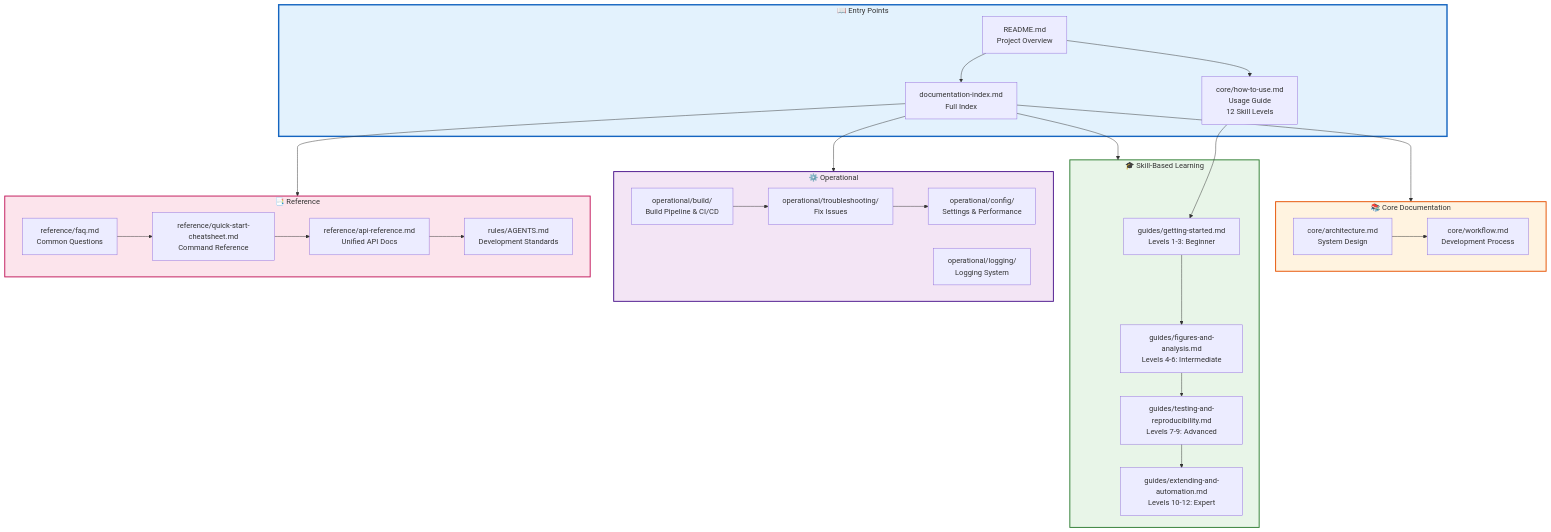
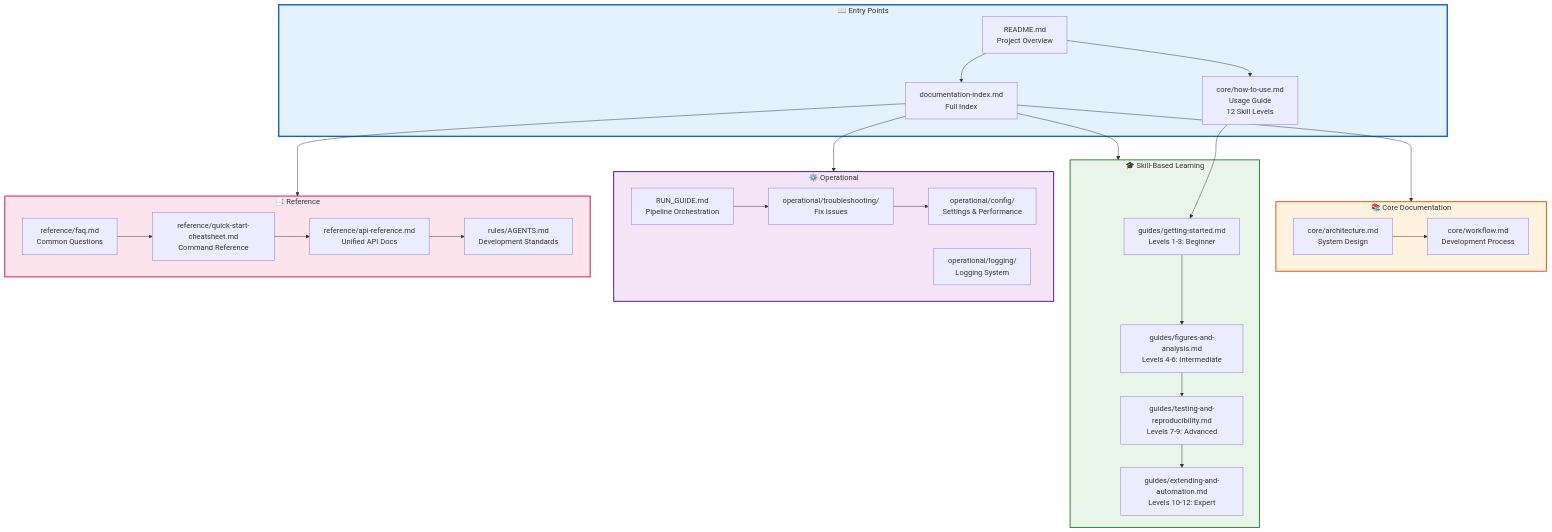
One commit to docxology/template changed the diagram in docs/README.md. Above: the diagram before and after it, drawn with Mermaid. The commit also changed other lines of this file and 243 other files, not shown here.

````diff
--- a/docs/README.md
+++ b/docs/README.md
@@ -13,67 +13,67 @@
 ```mermaid
 graph TD
     subgraph EntryPoints["📖 Entry Points"]
         README[README.md<br/>Project Overview]
         DOC_INDEX[documentation-index.md<br/>Full Index]
         HOW_TO[core/how-to-use.md<br/>Usage Guide<br/>12 Skill Levels]
     end
 
     subgraph CoreDocs["📚 Core Documentation"]
         ARCH[core/architecture.md<br/>System Design]
         WORKFLOW[core/workflow.md<br/>Development Process]
     end
 
     subgraph SkillLevels["🎓 Skill-Based Learning"]
         L1[guides/getting-started.md<br/>Levels 1-3: Beginner]
         L2[guides/figures-and-analysis.md<br/>Levels 4-6: Intermediate]
         L3[guides/testing-and-reproducibility.md<br/>Levels 7-9: Advanced]
         L4[guides/extending-and-automation.md<br/>Levels 10-12: Expert]
     end
 
     subgraph Operational["⚙️ Operational"]
-        BUILD[operational/build/<br/>Build Pipeline & CI/CD]
+        PIPELINE[RUN_GUIDE.md<br/>Pipeline Orchestration]
         TROUBLESHOOT[operational/troubleshooting/<br/>Fix Issues]
         CONFIG[operational/config/<br/>Settings & Performance]
         LOGGING[operational/logging/<br/>Logging System]
     end
 
     subgraph Reference["📑 Reference"]
         FAQ[reference/faq.md<br/>Common Questions]
         CHEATSHEET[reference/quick-start-cheatsheet.md<br/>Command Reference]
         API[reference/api-reference.md<br/>Unified API Docs]
         RULES[rules/AGENTS.md<br/>Development Standards]
     end
 
     README --> DOC_INDEX
     README --> HOW_TO
     DOC_INDEX --> CoreDocs
     DOC_INDEX --> SkillLevels
     DOC_INDEX --> Operational
     DOC_INDEX --> Reference
 
     HOW_TO --> L1
     L1 --> L2
     L2 --> L3
     L3 --> L4
 
     ARCH --> WORKFLOW
 
-    BUILD --> TROUBLESHOOT
+    PIPELINE --> TROUBLESHOOT
     TROUBLESHOOT --> CONFIG
 
     FAQ --> CHEATSHEET
     CHEATSHEET --> API
     API --> RULES
 
     classDef entry fill:#e3f2fd,stroke:#1565c0,stroke-width:3px
     classDef core fill:#fff3e0,stroke:#e65100,stroke-width:2px
     classDef skill fill:#e8f5e8,stroke:#2e7d32,stroke-width:2px
     classDef operational fill:#f3e5f5,stroke:#4a148c,stroke-width:2px
     classDef reference fill:#fce4ec,stroke:#c2185b,stroke-width:2px
 
     class EntryPoints entry
     class CoreDocs core
     class SkillLevels skill
     class Operational operational
     class Reference reference
 ```
````
